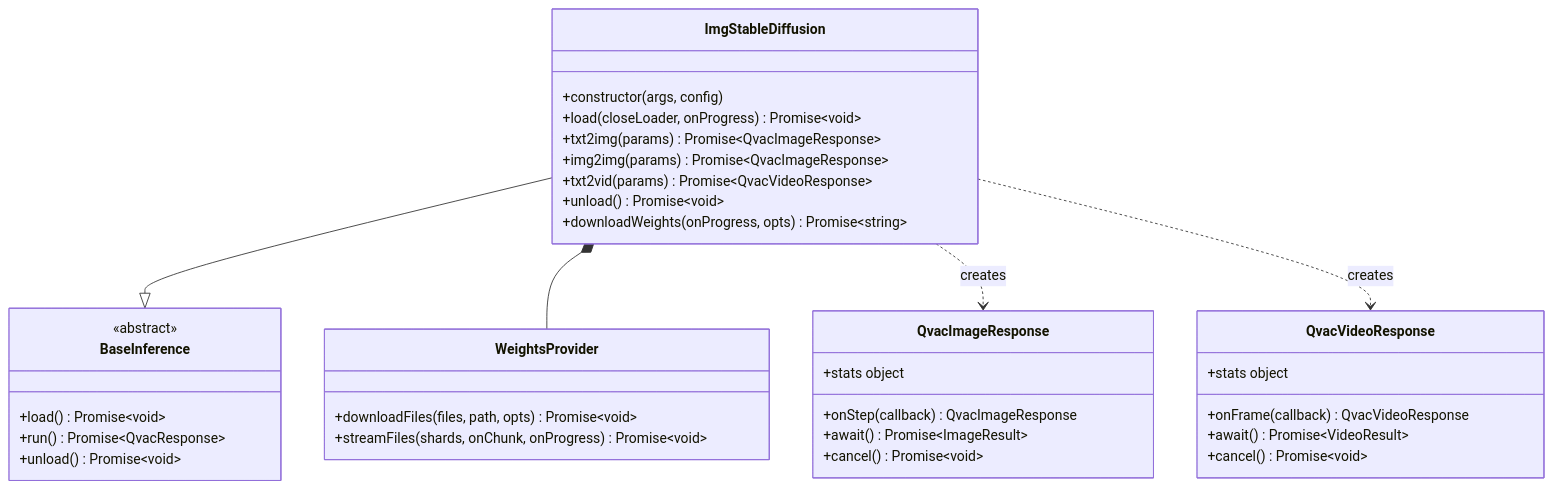
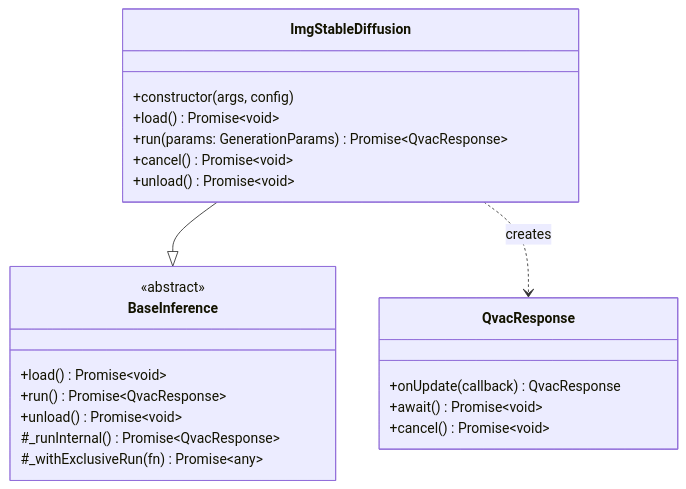
The second of 4 diagrams in packages/lib-infer-diffusion/docs/architecture.md (sidj-thr/qvac-public), drawn with Mermaid before and after one commit. The commit also changed other lines of this file and 20 other files, not shown here.

First line of the commit message:
fix(diffusion): JS layer review fixes and cancel test coverage (#783)

````diff
--- a/packages/lib-infer-diffusion/docs/architecture.md
+++ b/packages/lib-infer-diffusion/docs/architecture.md
@@ -153,43 +147,28 @@
 ```mermaid
 classDiagram
     class ImgStableDiffusion {
         +constructor(args, config)
-        +load(closeLoader, onProgress) Promise~void~
-        +txt2img(params) Promise~QvacImageResponse~
-        +img2img(params) Promise~QvacImageResponse~
-        +txt2vid(params) Promise~QvacVideoResponse~
+        +load() Promise~void~
+        +run(params: GenerationParams) Promise~QvacResponse~
+        +cancel() Promise~void~
         +unload() Promise~void~
-        +downloadWeights(onProgress, opts) Promise~string~
     }
-    
+
     class BaseInference {
         <<abstract>>
         +load() Promise~void~
         +run() Promise~QvacResponse~
         +unload() Promise~void~
+        #_runInternal() Promise~QvacResponse~
+        #_withExclusiveRun(fn) Promise~any~
     }
-    
-    class QvacImageResponse {
-        +onStep(callback) QvacImageResponse
-        +await() Promise~ImageResult~
+
+    class QvacResponse {
+        +onUpdate(callback) QvacResponse
+        +await() Promise~void~
         +cancel() Promise~void~
-        +stats object
     }
-    
-    class QvacVideoResponse {
-        +onFrame(callback) QvacVideoResponse
-        +await() Promise~VideoResult~
-        +cancel() Promise~void~
-        +stats object
-    }
-    
-    class WeightsProvider {
-        +downloadFiles(files, path, opts) Promise~void~
-        +streamFiles(shards, onChunk, onProgress) Promise~void~
-    }
-    
+
     ImgStableDiffusion --|> BaseInference
-    ImgStableDiffusion *-- WeightsProvider
-    ImgStableDiffusion ..> QvacImageResponse : creates
-    ImgStableDiffusion ..> QvacVideoResponse : creates
+    ImgStableDiffusion ..> QvacResponse : creates
 ```
````
